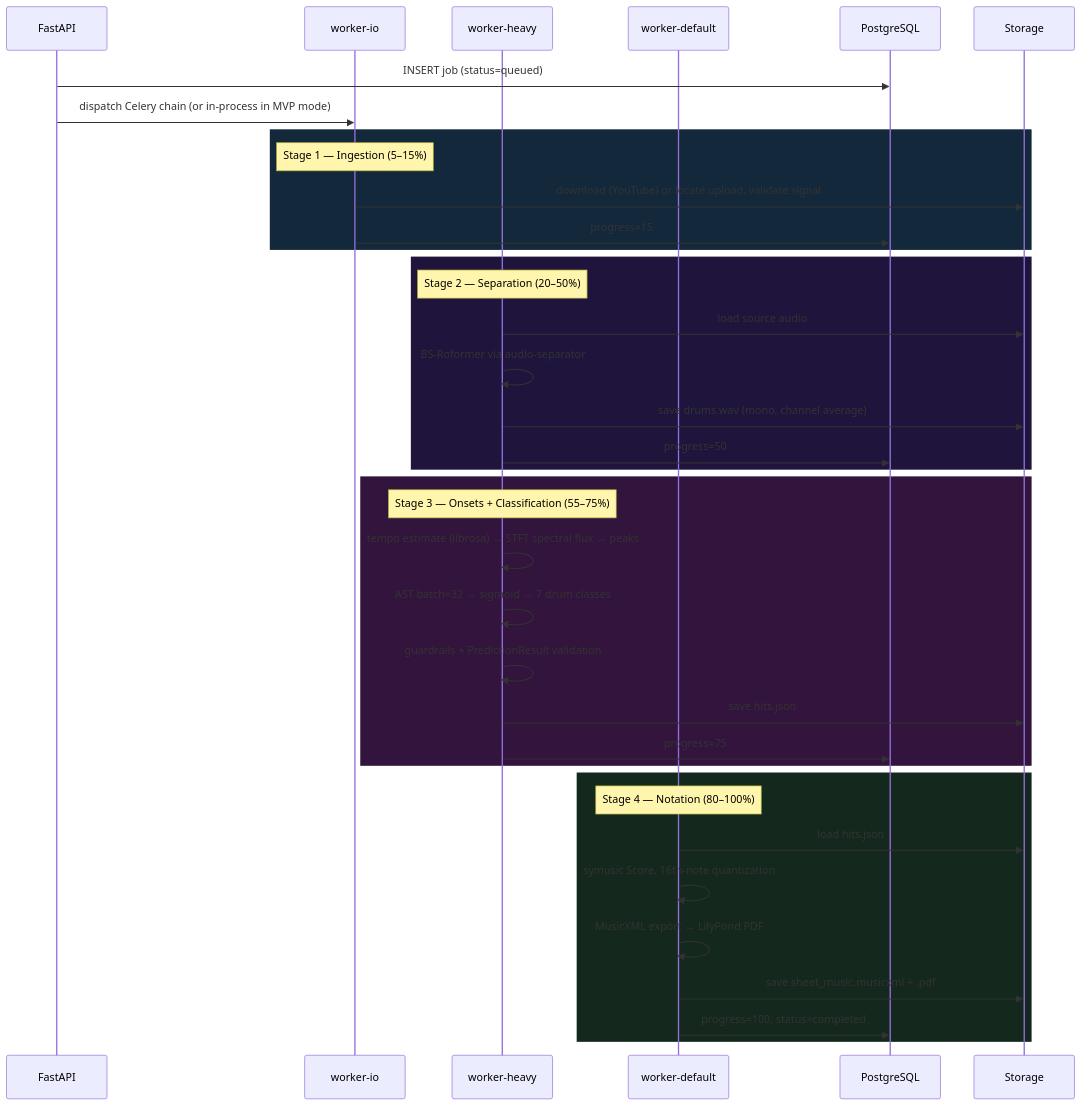
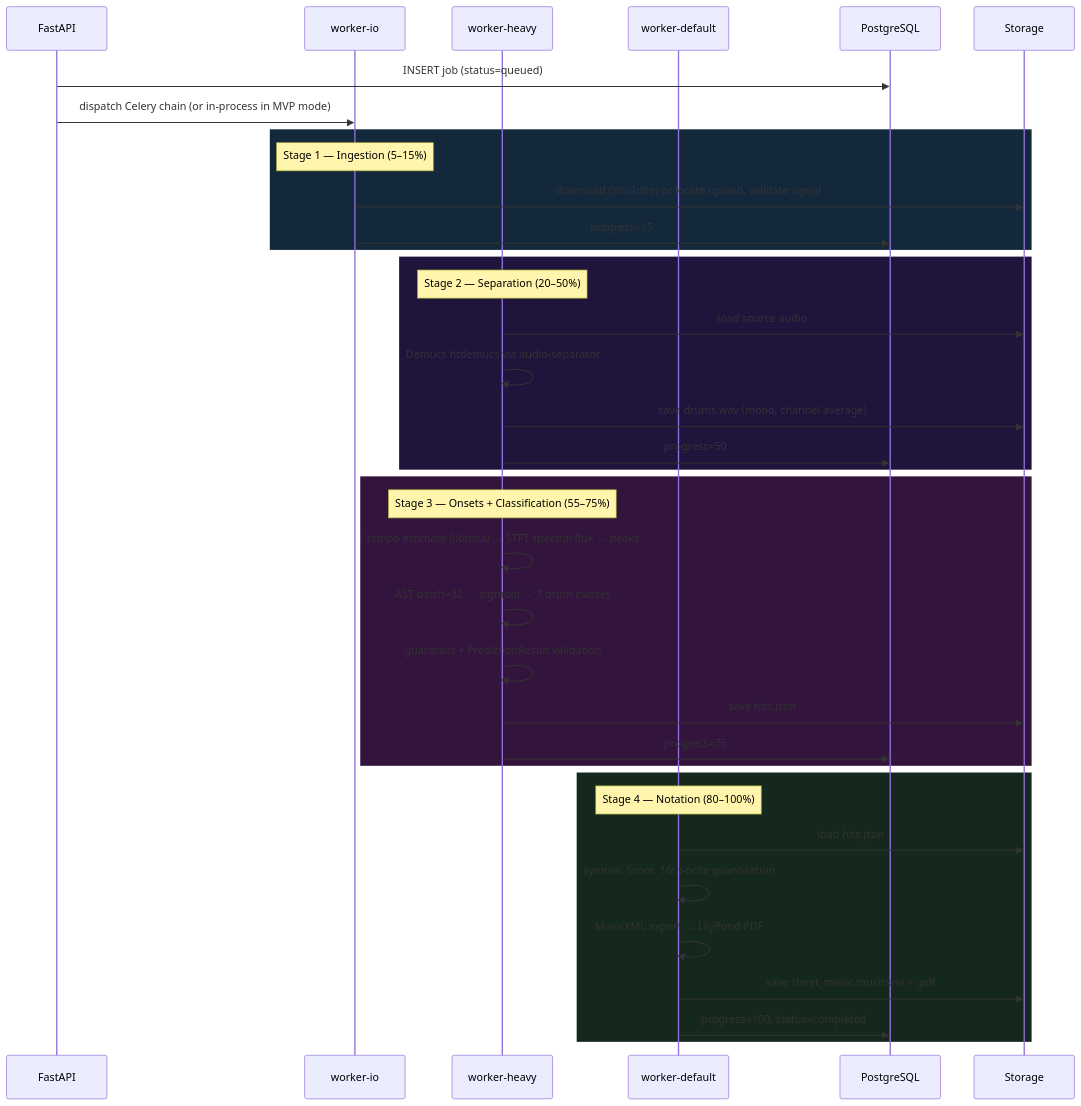
Before and after one commit to MatPizzolo/Automatic-Drum-Transcription: the second of 3 diagrams in README.md, drawn with Mermaid. The commit also changed other lines of this file and 1 other file, not shown here.

````diff
--- a/README.md
+++ b/README.md
@@ -103,44 +100,44 @@
 ```mermaid
 sequenceDiagram
     participant API as FastAPI
     participant IO  as worker-io
     participant HV  as worker-heavy
     participant DF  as worker-default
     participant DB  as PostgreSQL
     participant S3  as Storage
 
     API->>DB: INSERT job (status=queued)
     API->>IO: dispatch Celery chain (or in-process in MVP mode)
 
     rect rgb(20, 40, 60)
     Note over IO: Stage 1 — Ingestion (5–15%)
     IO->>S3: download (YouTube) or locate upload, validate signal
     IO->>DB: progress=15
     end
 
     rect rgb(30, 20, 60)
     Note over HV: Stage 2 — Separation (20–50%)
     HV->>S3: load source audio
-    HV->>HV: BS-Roformer via audio-separator
+    HV->>HV: Demucs htdemucs via audio-separator
     HV->>S3: save drums.wav (mono, channel average)
     HV->>DB: progress=50
     end
 
     rect rgb(50, 20, 60)
     Note over HV: Stage 3 — Onsets + Classification (55–75%)
     HV->>HV: tempo estimate (librosa) → STFT spectral flux → peaks
     HV->>HV: AST batch=32 → sigmoid → 7 drum classes
     HV->>HV: guardrails + PredictionResult validation
     HV->>S3: save hits.json
     HV->>DB: progress=75
     end
 
     rect rgb(20, 40, 30)
     Note over DF: Stage 4 — Notation (80–100%)
     DF->>S3: load hits.json
     DF->>DF: symusic Score, 16th-note quantization
     DF->>DF: MusicXML export → LilyPond PDF
     DF->>S3: save sheet_music.musicxml + .pdf
     DF->>DB: progress=100, status=completed
     end
 ```
````
